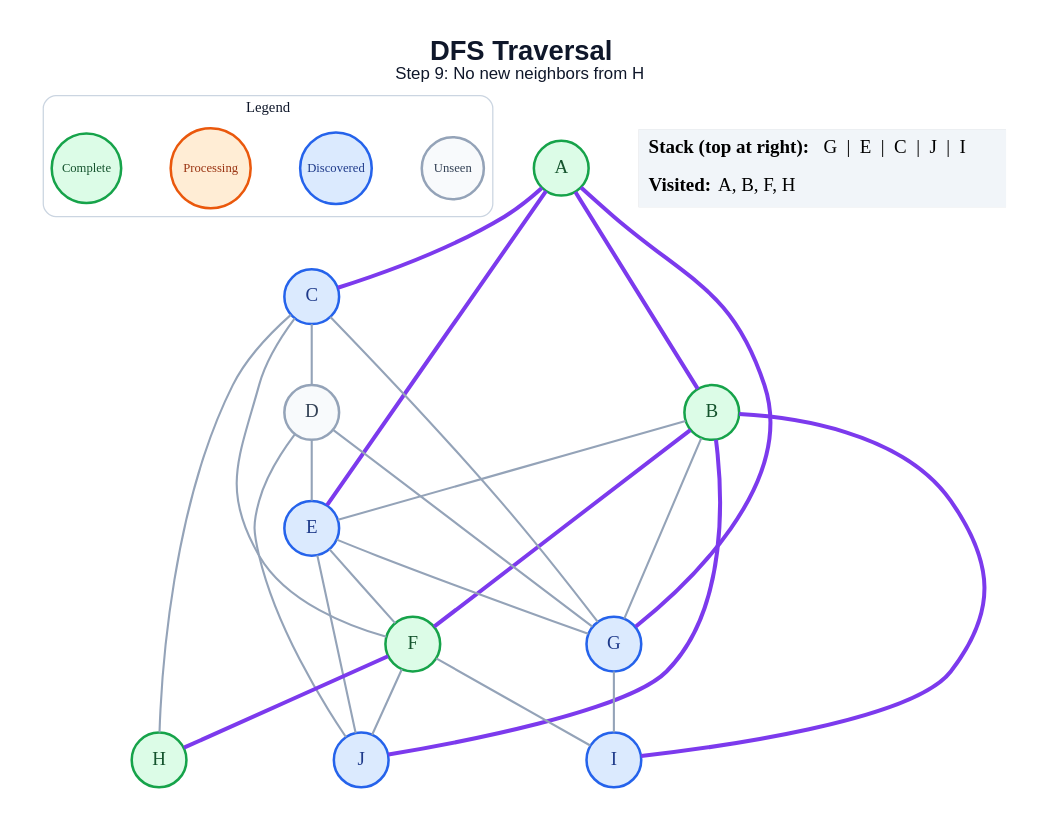
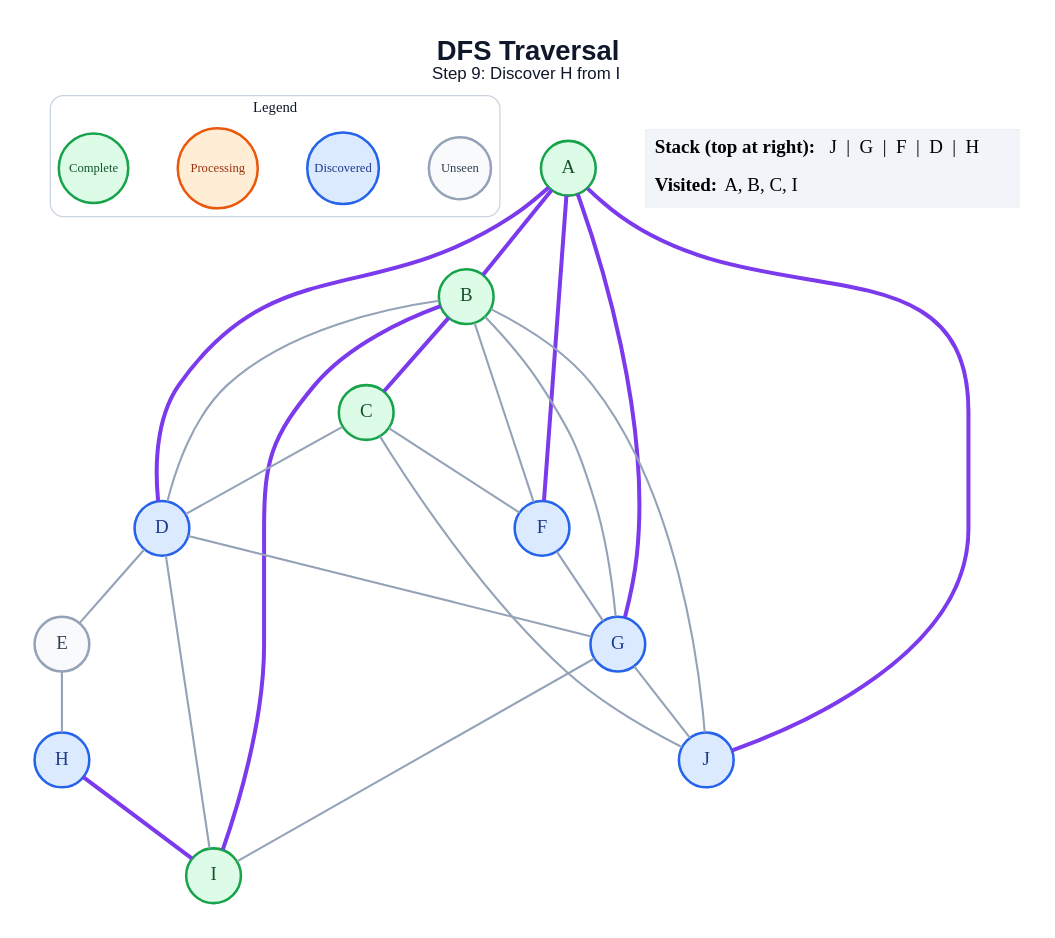
One commit to amanghodawala9/ai-slop changed the diagram in generated/dfs/step_09.dot. Above: the diagram before and after it, drawn with Graphviz. The commit also changed 178 other files, not shown here.

```diff
--- a/generated/dfs/step_09.dot
+++ b/generated/dfs/step_09.dot
@@ -1,52 +1,51 @@
 graph traversal {
   graph [layout=dot, rankdir=TB, bgcolor="#FFFFFF", pad="0.35", nodesep="0.65", ranksep="0.8", fontname="Arial"];
   node [shape=circle, style="filled", fontname="Arial Bold", fontsize=18, width=0.72, fixedsize=true, penwidth=2.4];
   edge [color="#94A3B8", penwidth=2.0];
-  label=<<B>DFS Traversal</B><BR/><FONT POINT-SIZE="16">Step 9: No new neighbors from H</FONT>>; labelloc="t"; fontsize=26; fontname="Arial"; fontcolor="#0F172A";
+  label=<<B>DFS Traversal</B><BR/><FONT POINT-SIZE="16">Step 9: Discover H from I</FONT>>; labelloc="t"; fontsize=26; fontname="Arial"; fontcolor="#0F172A";
   subgraph cluster_legend { label="Legend"; color="#CBD5E1"; penwidth=1.2; style="rounded"; fontsize=14; fontname="Arial Bold";
     key_unseen [label="Unseen", fillcolor="#F8FAFC", color="#94A3B8", fontcolor="#334155", fontsize=12, width=0.82];
     key_frontier [label="Discovered", fillcolor="#DBEAFE", color="#2563EB", fontcolor="#1E3A8A", fontsize=12, width=0.95];
     key_current [label="Processing", fillcolor="#FFEDD5", color="#EA580C", fontcolor="#9A3412", fontsize=12, width=1.05];
     key_done [label="Complete", fillcolor="#DCFCE7", color="#16A34A", fontcolor="#14532D", fontsize=12, width=0.92];
     { rank=same; key_unseen; key_frontier; key_current; key_done; }
   }
   A [fillcolor="#DCFCE7", color="#16A34A", fontcolor="#14532D"];
   B [fillcolor="#DCFCE7", color="#16A34A", fontcolor="#14532D"];
-  C [fillcolor="#DBEAFE", color="#2563EB", fontcolor="#1E3A8A"];
-  D [fillcolor="#F8FAFC", color="#94A3B8", fontcolor="#334155"];
-  E [fillcolor="#DBEAFE", color="#2563EB", fontcolor="#1E3A8A"];
-  F [fillcolor="#DCFCE7", color="#16A34A", fontcolor="#14532D"];
+  C [fillcolor="#DCFCE7", color="#16A34A", fontcolor="#14532D"];
+  D [fillcolor="#DBEAFE", color="#2563EB", fontcolor="#1E3A8A"];
+  E [fillcolor="#F8FAFC", color="#94A3B8", fontcolor="#334155"];
+  F [fillcolor="#DBEAFE", color="#2563EB", fontcolor="#1E3A8A"];
   G [fillcolor="#DBEAFE", color="#2563EB", fontcolor="#1E3A8A"];
-  H [fillcolor="#DCFCE7", color="#16A34A", fontcolor="#14532D"];
-  I [fillcolor="#DBEAFE", color="#2563EB", fontcolor="#1E3A8A"];
+  H [fillcolor="#DBEAFE", color="#2563EB", fontcolor="#1E3A8A"];
+  I [fillcolor="#DCFCE7", color="#16A34A", fontcolor="#14532D"];
   J [fillcolor="#DBEAFE", color="#2563EB", fontcolor="#1E3A8A"];
   A -- B [color="#7C3AED", penwidth=3.8];
-  A -- C [color="#7C3AED", penwidth=3.8];
-  A -- E [color="#7C3AED", penwidth=3.8];
+  A -- D [color="#7C3AED", penwidth=3.8];
+  A -- F [color="#7C3AED", penwidth=3.8];
   A -- G [color="#7C3AED", penwidth=3.8];
-  B -- E;
-  B -- F [color="#7C3AED", penwidth=3.8];
+  A -- J [color="#7C3AED", penwidth=3.8];
+  B -- C [color="#7C3AED", penwidth=3.8];
+  B -- D;
+  B -- F;
   B -- G;
   B -- I [color="#7C3AED", penwidth=3.8];
-  B -- J [color="#7C3AED", penwidth=3.8];
+  B -- J;
   C -- D;
   C -- F;
-  C -- G;
-  C -- H;
+  C -- J;
   D -- E;
   D -- G;
-  D -- J;
-  E -- F;
-  E -- G;
-  E -- J;
-  F -- H [color="#7C3AED", penwidth=3.8];
-  F -- I;
-  F -- J;
+  D -- I;
+  E -- H;
+  F -- G;
   G -- I;
+  G -- J;
+  H -- I [color="#7C3AED", penwidth=3.8];
   status [shape=plain, fixedsize=false, width=0, height=0, margin=0, label=<
     <TABLE BORDER="0" CELLBORDER="0" CELLPADDING="7" BGCOLOR="#F1F5F9">
-      <TR><TD ALIGN="LEFT"><B>Stack (top at right):</B> G  |  E  |  C  |  J  |  I</TD></TR>
-      <TR><TD ALIGN="LEFT"><B>Visited:</B> A, B, F, H</TD></TR>
+      <TR><TD ALIGN="LEFT"><B>Stack (top at right):</B> J  |  G  |  F  |  D  |  H</TD></TR>
+      <TR><TD ALIGN="LEFT"><B>Visited:</B> A, B, C, I</TD></TR>
     </TABLE>
   >];
 }
```
